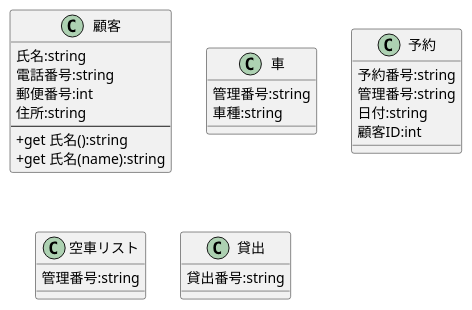
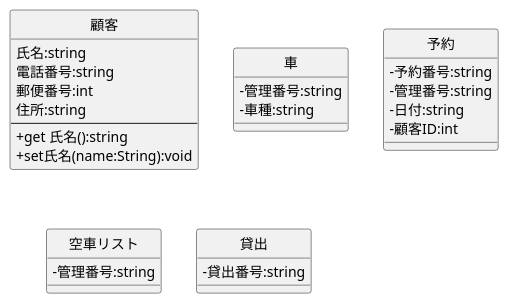
Before and after one commit to Tanifuji94/uml-introduction: the diagram in 例題3-1_CL_車両貸出システム.pu, drawn with PlantUML.

```diff
--- a/例題3-1_CL_車両貸出システム.pu
+++ b/例題3-1_CL_車両貸出システム.pu
@@ -1,28 +1,33 @@
 @startuml 車両貸出システム
 skinparam classAttributeIconSize 0
 class 顧客{
     氏名:string
     電話番号:string
     郵便番号:int
     住所:string
     ---
     + get 氏名():string
-    + get 氏名(name):string
+    + set氏名(name:String):void
 }
 class 車{
-    管理番号:string
-    車種:string
+    -管理番号:string
+    -車種:string
 }
 class 予約{
-    予約番号:string
-    管理番号:string
-    日付:string
-    顧客ID:int
+    -予約番号:string
+    -管理番号:string
+    -日付:string
+    -顧客ID:int
 }
 class 空車リスト{
-    管理番号:string
+    -管理番号:string
 }
 class 貸出{
-    貸出番号:string
+    -貸出番号:string
 }
+hide 顧客 circle
+hide 車 circle
+hide 予約 circle
+hide 空車リスト circle
+hide 貸出 circle
 @enduml
```
